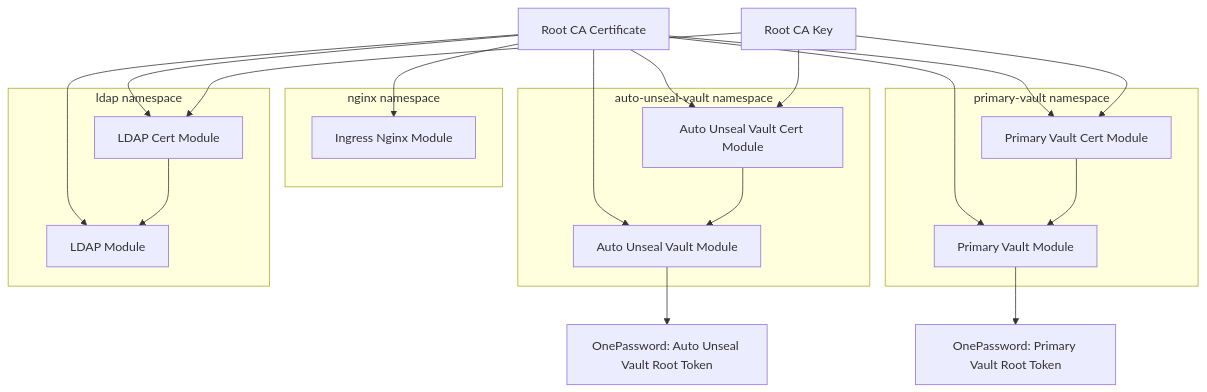
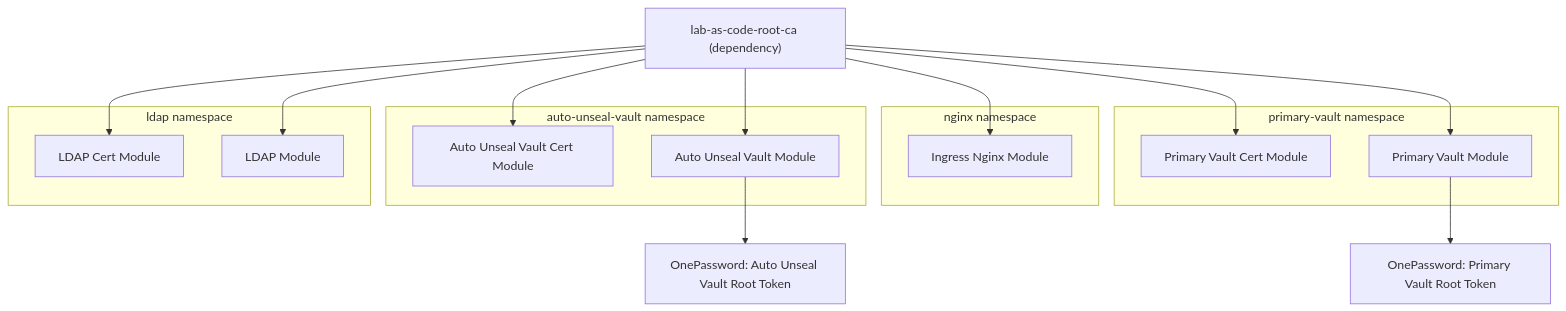
One commit to hashi-demo-lab/lab-as-code-deploy changed the diagram in README.md. Above: the diagram before and after it, drawn with Mermaid.

Commit message:
Refactor architecture diagram in README for improved clarity and consistency

```diff
--- a/README.md
+++ b/README.md
@@ -13,50 +13,36 @@
 ~~~mermaid
 graph TD
-    RC[Root CA Certificate]
-    RK[Root CA Key]
+    ROOT["lab-as-code-root-ca (dependency)"]
     
     subgraph "nginx namespace"
-      IN[Ingress Nginx Module]
+      IN["Ingress Nginx Module"]
     end
     
     subgraph "auto-unseal-vault namespace"
-      AUC[Auto Unseal Vault Cert Module]
-      AUV[Auto Unseal Vault Module]
+      AUC["Auto Unseal Vault Cert Module"]
+      AUV["Auto Unseal Vault Module"]
     end
     
     subgraph "primary-vault namespace"
-      PVC[Primary Vault Cert Module]
-      PV[Primary Vault Module]
+      PVC["Primary Vault Cert Module"]
+      PV["Primary Vault Module"]
     end
     
     subgraph "ldap namespace"
-      LC[LDAP Cert Module]
-      LDAP[LDAP Module]
+      LC["LDAP Cert Module"]
+      LDAP["LDAP Module"]
     end
     
-    %% Ingress flow
-    RC --> IN
-    
-    %% Auto-unseal vault flow
-    RK --> AUC
-    RC --> AUC
-    AUC --> AUV
-    RC --> AUV
-    
-    %% Primary vault flow
-    RK --> PVC
-    RC --> PVC
-    PVC --> PV
-    RC --> PV
-    
-    %% LDAP flow
-    RK --> LC
-    RC --> LC
-    LC --> LDAP
-    RC --> LDAP
+    %% Dependency from lab-as-code-root-ca to each module
+    ROOT --> IN
+    ROOT --> AUC
+    ROOT --> AUV
+    ROOT --> PVC
+    ROOT --> PV
+    ROOT --> LC
+    ROOT --> LDAP
     
     %% OnePassword tokens
-    AUV --> OP2[OnePassword: Auto Unseal Vault Root Token]
-    PV  --> OP1[OnePassword: Primary Vault Root Token]
-
+    AUV --> OP2["OnePassword: Auto Unseal Vault Root Token"]
+    PV  --> OP1["OnePassword: Primary Vault Root Token"]
 ~~~
```
